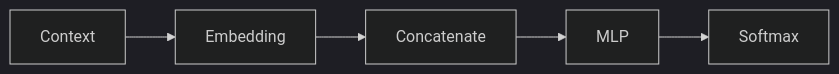
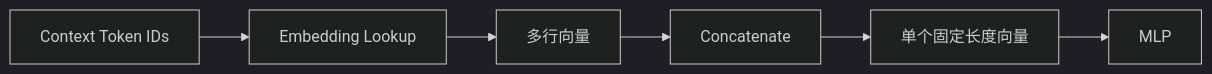
One commit to AI-learning-simple/Build-Your-Own-LLM changed the diagram in 1. LLM基础/6.1 Concatenate——把多个 Token 合并成一个输入向量.md. Above: the diagram before and after it, drawn with Mermaid (dark theme). The commit also changed other lines of this file and 60 other files, not shown here.

````diff
--- a/1. LLM基础/6.1 Concatenate——把多个 Token 合并成一个输入向量.md
+++ b/1. LLM基础/6.1 Concatenate——把多个 Token 合并成一个输入向量.md
@@ -126,4 +223,8 @@
 ```mermaid
 flowchart LR
-    A[Context] --> B[Embedding] --> C[Concatenate] --> D[MLP] --> E[Softmax]
+    A[Context Token IDs] --> B[Embedding Lookup]
+    B --> C[多行向量]
+    C --> D[Concatenate]
+    D --> E[单个固定长度向量]
+    E --> F[MLP]
 ```
````
